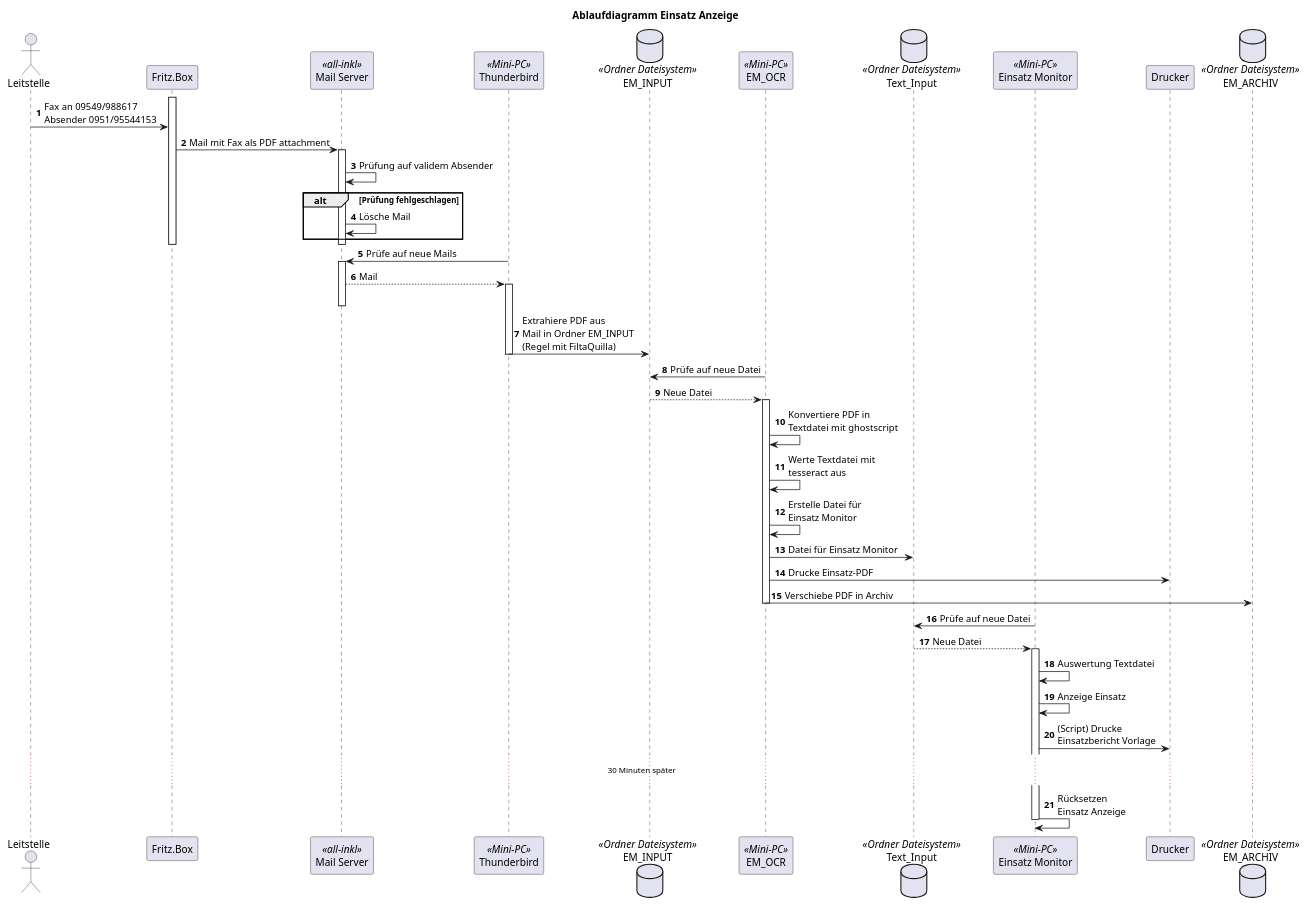
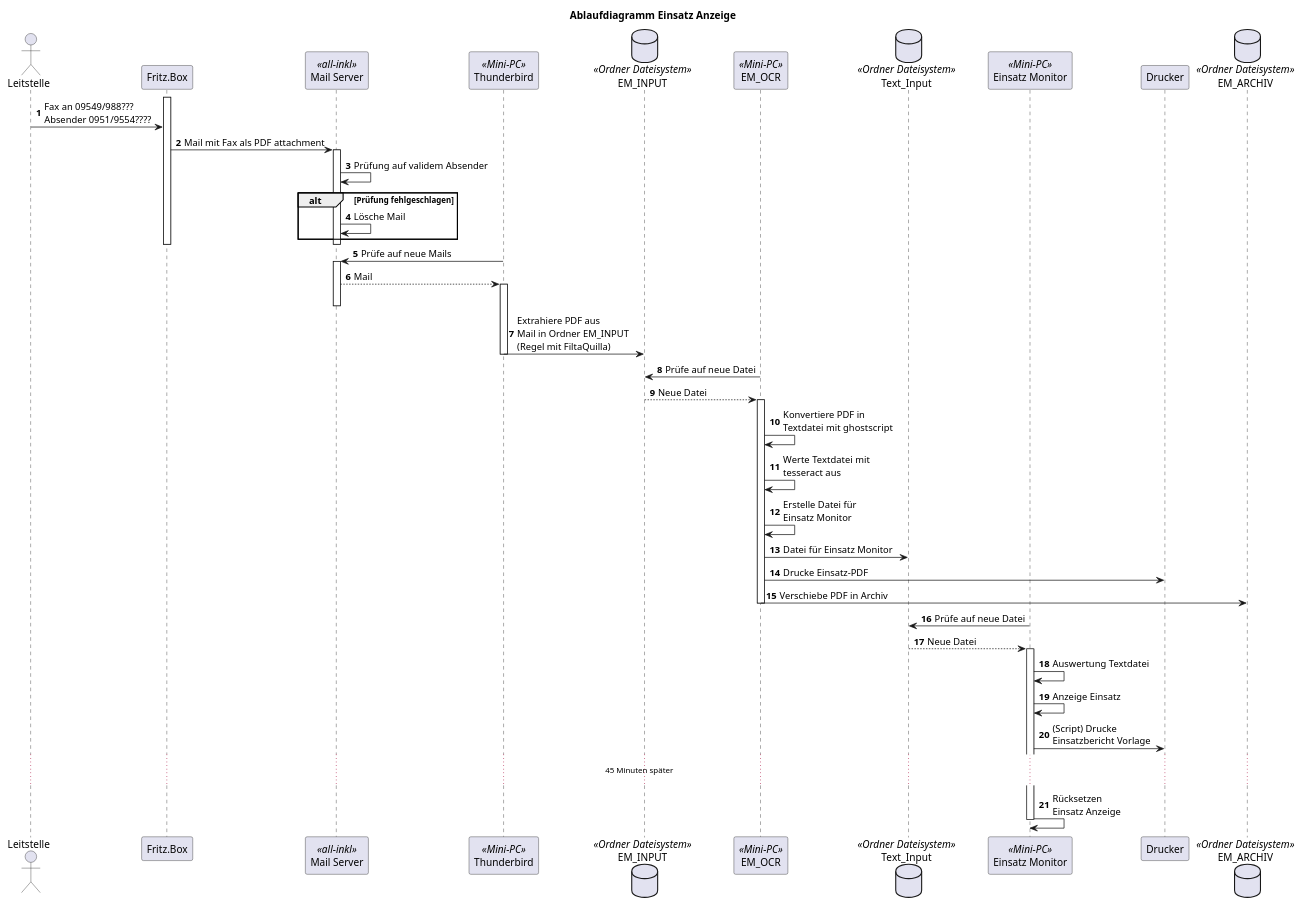
The diagram in pictures/sequence-diagram.iuml (sladaloose/ff-lisberg-monitor), drawn with PlantUML before and after one commit. The commit also changed 2 other files, not shown here.

Commit message:
docs: adding sequence description

```diff
--- a/pictures/sequence-diagram.iuml
+++ b/pictures/sequence-diagram.iuml
@@ -1,58 +1,58 @@
 @startuml
 hide empty members
 title Ablaufdiagramm Einsatz Anzeige
 
 autonumber
 
 actor Leitstelle
 participant "Fritz.Box" as Fritzbox
 participant "Mail Server" as Mail <<all-inkl>>
 participant Thunderbird <<Mini-PC>>
 database EM_INPUT <<Ordner Dateisystem>>
 participant EM_OCR <<Mini-PC>>
 database Text_Input <<Ordner Dateisystem>>
 participant "Einsatz Monitor" as EM <<Mini-PC>>
 participant Drucker
 database EM_ARCHIV <<Ordner Dateisystem>>
 
 Activate Fritzbox
-Leitstelle -> Fritzbox : Fax an 09549/988617\nAbsender 0951/95544153
+Leitstelle -> Fritzbox : Fax an 09549/988???\nAbsender 0951/9554????
 Fritzbox -> Mail : Mail mit Fax als PDF attachment
 Activate Mail
 Mail -> Mail : Prüfung auf validem Absender
 alt Prüfung fehlgeschlagen
     Mail -> Mail : Lösche Mail
 end
 Deactivate Mail
 Deactivate Fritzbox
 
 Thunderbird -> Mail : Prüfe auf neue Mails
 Activate Mail
 Mail --> Thunderbird : Mail
 Activate Thunderbird
 Deactivate Mail
 Thunderbird -> EM_INPUT : Extrahiere PDF aus\nMail in Ordner EM_INPUT\n(Regel mit FiltaQuilla)
 Deactivate Thunderbird
 
 EM_OCR -> EM_INPUT : Prüfe auf neue Datei
 EM_INPUT --> EM_OCR : Neue Datei
 Activate EM_OCR
 EM_OCR -> EM_OCR : Konvertiere PDF in\nTextdatei mit ghostscript
 EM_OCR -> EM_OCR : Werte Textdatei mit\ntesseract aus
 EM_OCR -> EM_OCR : Erstelle Datei für\nEinsatz Monitor
 EM_OCR -> Text_Input : Datei für Einsatz Monitor
 EM_OCR -> Drucker : Drucke Einsatz-PDF
 EM_OCR -> EM_ARCHIV : Verschiebe PDF in Archiv
 Deactivate EM_OCR
 
 EM -> Text_Input : Prüfe auf neue Datei
 Text_Input --> EM : Neue Datei
 Activate EM
 EM -> EM : Auswertung Textdatei
 EM -> EM : Anzeige Einsatz
 EM -> Drucker : (Script) Drucke\nEinsatzbericht Vorlage
-... 30 Minuten später ...
+... 45 Minuten später ...
 EM -> EM : Rücksetzen\nEinsatz Anzeige
 Deactivate EM
 
 @enduml
```
